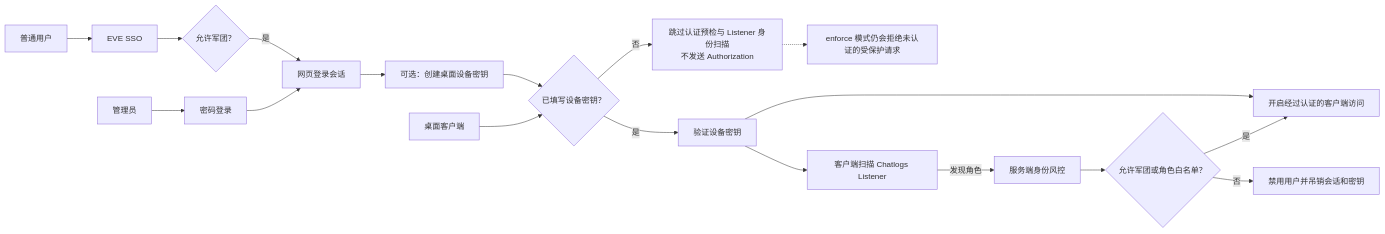
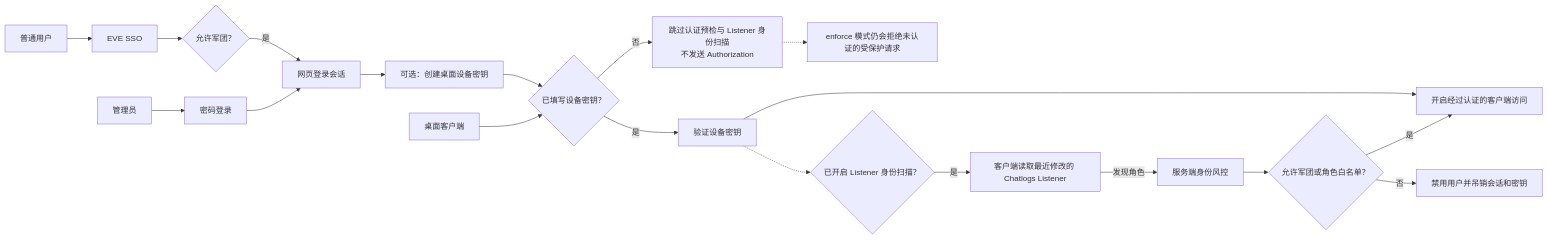
One commit to xiaqijun/eve-sentry changed the third of 3 diagrams in README.md. Above: the diagram before and after it, drawn with Mermaid. The commit also changed other lines of this file and 18 other files, not shown here.

````diff
--- a/README.md
+++ b/README.md
@@ -67,22 +67,23 @@
 ```mermaid
 flowchart LR
     member["普通用户"] --> sso["EVE SSO"]
     sso --> corp{"允许军团？"}
     corp -->|"是"| session["网页登录会话"]
 
     admin["管理员"] --> password["密码登录"]
     password --> session
 
     session --> key["可选：创建桌面设备密钥"]
     client["桌面客户端"] --> configured{"已填写设备密钥？"}
     configured -->|"否"| anonymous["跳过认证预检与 Listener 身份扫描<br/>不发送 Authorization"]
     configured -->|"是"| keycheck["验证设备密钥"]
     key --> configured
     keycheck --> access["开启经过认证的客户端访问"]
-    keycheck --> listener["客户端扫描 Chatlogs Listener"]
+    keycheck -.-> listenerEnabled{"已开启 Listener 身份扫描？"}
+    listenerEnabled -->|"是"| listener["客户端读取最近修改的 Chatlogs Listener"]
     listener -->|"发现角色"| check["服务端身份风控"]
     check --> rule{"允许军团或角色白名单？"}
     rule -->|"是"| access
     rule -->|"否"| revoke["禁用用户并吊销会话和密钥"]
     anonymous -.-> policy["enforce 模式仍会拒绝未认证的受保护请求"]
 ```
````
